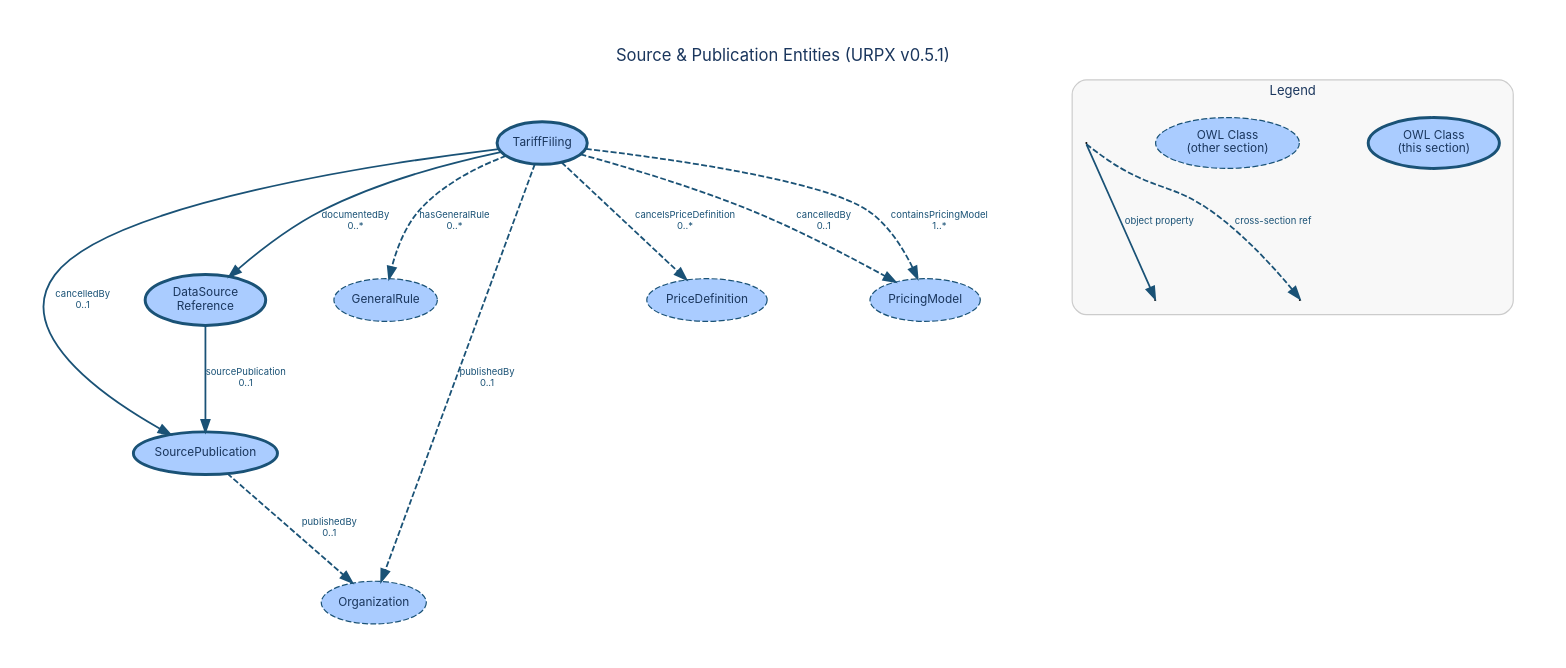
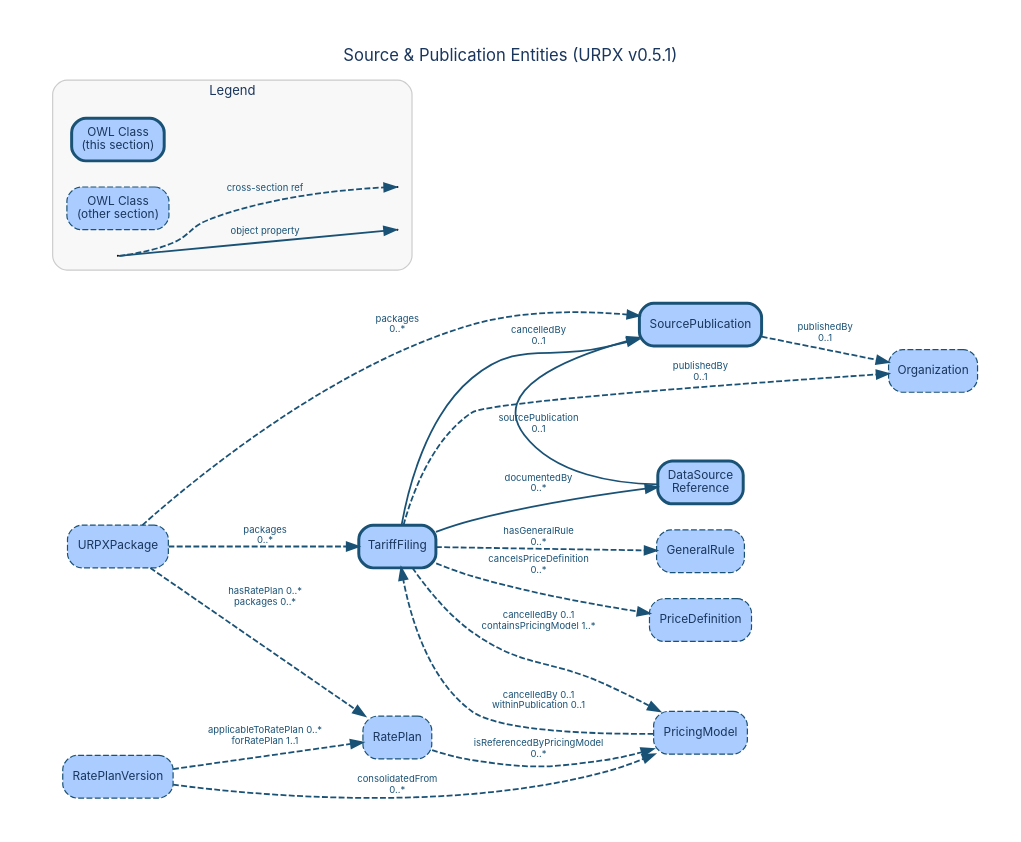
Before and after one commit to urpx-org/urpx: the diagram in documentation/diagrams/dictionary/source-publication-entities.dot, drawn with Graphviz. The commit also changed 43 other files, not shown here.

```diff
--- a/documentation/diagrams/dictionary/source-publication-entities.dot
+++ b/documentation/diagrams/dictionary/source-publication-entities.dot
@@ -1,95 +1,127 @@
 digraph "Source & Publication Entities" {
-    rankdir=TB;
+    rankdir=LR;
     bgcolor="white";
     pad=0.4;
-    nodesep=0.8;
-    ranksep=1.0;
-    start=42;
+    nodesep=0.3;
+    ranksep=0.8;
     fontname="Inter, Helvetica, Arial, sans-serif";
     label="Source & Publication Entities (URPX v0.5.1)";
     labelloc="t";
     fontsize=14;
     fontcolor="#1a365d";
     node [fontname="Inter, Helvetica, Arial, sans-serif", fontsize=10, style=filled, fontcolor="#1a365d"];
     edge [fontname="Inter, Helvetica, Arial, sans-serif", fontsize=8, fontcolor="#1a365d"];
 
     // Section classes
     SourcePublication [
         label="SourcePublication"
-        shape=ellipse, fillcolor="#aaccff", color="#1a5276", penwidth=2.5
+        shape=box, style="filled,rounded", fillcolor="#aaccff", color="#1a5276", penwidth=2.5
     ];
     TariffFiling [
         label="TariffFiling"
-        shape=ellipse, fillcolor="#aaccff", color="#1a5276", penwidth=2.5
+        shape=box, style="filled,rounded", fillcolor="#aaccff", color="#1a5276", penwidth=2.5
     ];
     DataSourceReference [
         label="DataSource\nReference"
-        shape=ellipse, fillcolor="#aaccff", color="#1a5276", penwidth=2.5
+        shape=box, style="filled,rounded", fillcolor="#aaccff", color="#1a5276", penwidth=2.5
     ];
 
     // Cross-section references
     GeneralRule [
         label="GeneralRule"
-        shape=ellipse, fillcolor="#aaccff", color="#1a5276", penwidth=1, style="filled,dashed"
+        shape=box, fillcolor="#aaccff", color="#1a5276", penwidth=1, style="filled,rounded,dashed"
     ];
     Organization [
         label="Organization"
-        shape=ellipse, fillcolor="#aaccff", color="#1a5276", penwidth=1, style="filled,dashed"
+        shape=box, fillcolor="#aaccff", color="#1a5276", penwidth=1, style="filled,rounded,dashed"
     ];
     PriceDefinition [
         label="PriceDefinition"
-        shape=ellipse, fillcolor="#aaccff", color="#1a5276", penwidth=1, style="filled,dashed"
+        shape=box, fillcolor="#aaccff", color="#1a5276", penwidth=1, style="filled,rounded,dashed"
     ];
     PricingModel [
         label="PricingModel"
-        shape=ellipse, fillcolor="#aaccff", color="#1a5276", penwidth=1, style="filled,dashed"
+        shape=box, fillcolor="#aaccff", color="#1a5276", penwidth=1, style="filled,rounded,dashed"
+    ];
+    RatePlan [
+        label="RatePlan"
+        shape=box, fillcolor="#aaccff", color="#1a5276", penwidth=1, style="filled,rounded,dashed"
+    ];
+    RatePlanVersion [
+        label="RatePlanVersion"
+        shape=box, fillcolor="#aaccff", color="#1a5276", penwidth=1, style="filled,rounded,dashed"
+    ];
+    URPXPackage [
+        label="URPXPackage"
+        shape=box, fillcolor="#aaccff", color="#1a5276", penwidth=1, style="filled,rounded,dashed"
     ];
 
     // Object property edges
     SourcePublication -> Organization [
         label="publishedBy\n0..1", style=dashed, color="#1a5276", fontcolor="#1a5276", penwidth=1.5
     ];
     TariffFiling -> PricingModel [
-        label="cancelledBy\n0..1", style=dashed, color="#1a5276", fontcolor="#1a5276", penwidth=1.5
+        label="cancelledBy 0..1\ncontainsPricingModel 1..*", style=dashed, color="#1a5276", fontcolor="#1a5276", penwidth=1.5
     ];
     TariffFiling -> SourcePublication [
         label="cancelledBy\n0..1", color="#1a5276", fontcolor="#1a5276", penwidth=1.5
     ];
     TariffFiling -> PriceDefinition [
         label="cancelsPriceDefinition\n0..*", style=dashed, color="#1a5276", fontcolor="#1a5276", penwidth=1.5
-    ];
-    TariffFiling -> PricingModel [
-        label="containsPricingModel\n1..*", style=dashed, color="#1a5276", fontcolor="#1a5276", penwidth=1.5
     ];
     TariffFiling -> DataSourceReference [
         label="documentedBy\n0..*", color="#1a5276", fontcolor="#1a5276", penwidth=1.5
     ];
     TariffFiling -> GeneralRule [
         label="hasGeneralRule\n0..*", style=dashed, color="#1a5276", fontcolor="#1a5276", penwidth=1.5
     ];
     TariffFiling -> Organization [
         label="publishedBy\n0..1", style=dashed, color="#1a5276", fontcolor="#1a5276", penwidth=1.5
     ];
     DataSourceReference -> SourcePublication [
-        label="sourcePublication\n0..1", color="#1a5276", fontcolor="#1a5276", penwidth=1.5
+        label="sourcePublication\n0..1", color="#1a5276", fontcolor="#1a5276", penwidth=1.5, constraint=false
     ];
+    URPXPackage -> RatePlan [
+        label="hasRatePlan 0..*\npackages 0..*", style=dashed, color="#1a5276", fontcolor="#1a5276", penwidth=1.5
+    ];
+    URPXPackage -> TariffFiling [
+        label="packages\n0..*", style=dashed, color="#1a5276", fontcolor="#1a5276", penwidth=1.5
+    ];
+    URPXPackage -> SourcePublication [
+        label="packages\n0..*", style=dashed, color="#1a5276", fontcolor="#1a5276", penwidth=1.5
+    ];
+    RatePlan -> PricingModel [
+        label="isReferencedByPricingModel\n0..*", style=dashed, color="#1a5276", fontcolor="#1a5276", penwidth=1.5
+    ];
+    PricingModel -> TariffFiling [
+        label="cancelledBy 0..1\nwithinPublication 0..1", style=dashed, color="#1a5276", fontcolor="#1a5276", penwidth=1.5
+    ];
+    RatePlanVersion -> RatePlan [
+        label="applicableToRatePlan 0..*\nforRatePlan 1..1", style=dashed, color="#1a5276", fontcolor="#1a5276", penwidth=1.5
+    ];
+    RatePlanVersion -> PricingModel [
+        label="consolidatedFrom\n0..*", style=dashed, color="#1a5276", fontcolor="#1a5276", penwidth=1.5
+    ];
+
+    // Auto-computed rank hints
+    { rank=same; SourcePublication; DataSourceReference; }
 
     subgraph cluster_legend {
         label="Legend";
         fontname="Inter, Helvetica, Arial, sans-serif";
         fontsize=11;
         fontcolor="#1a365d";
         style=rounded;
         color="#cccccc";
         bgcolor="#f8f8f8";
         margin=12;
 
-        leg_class [label="OWL Class\n(this section)", shape=ellipse, fillcolor="#aaccff", color="#1a5276", penwidth=2.5];
-        leg_xref [label="OWL Class\n(other section)", shape=ellipse, fillcolor="#aaccff", color="#1a5276", penwidth=1, style="filled,dashed"];
+        leg_class [label="OWL Class\n(this section)", shape=box, style="filled,rounded", fillcolor="#aaccff", color="#1a5276", penwidth=2.5];
+        leg_xref [label="OWL Class\n(other section)", shape=box, fillcolor="#aaccff", color="#1a5276", penwidth=1, style="filled,rounded,dashed"];
         leg_src [label=" ", shape=point, width=0.01];
         leg_tgt1 [label=" ", shape=point, width=0.01];
         leg_src -> leg_tgt1 [label="object property", color="#1a5276", fontcolor="#1a5276", penwidth=1.5];
         leg_tgt2 [label=" ", shape=point, width=0.01];
         leg_src -> leg_tgt2 [label="cross-section ref", style=dashed, color="#1a5276", fontcolor="#1a5276", penwidth=1.5];
     }
 }
```
